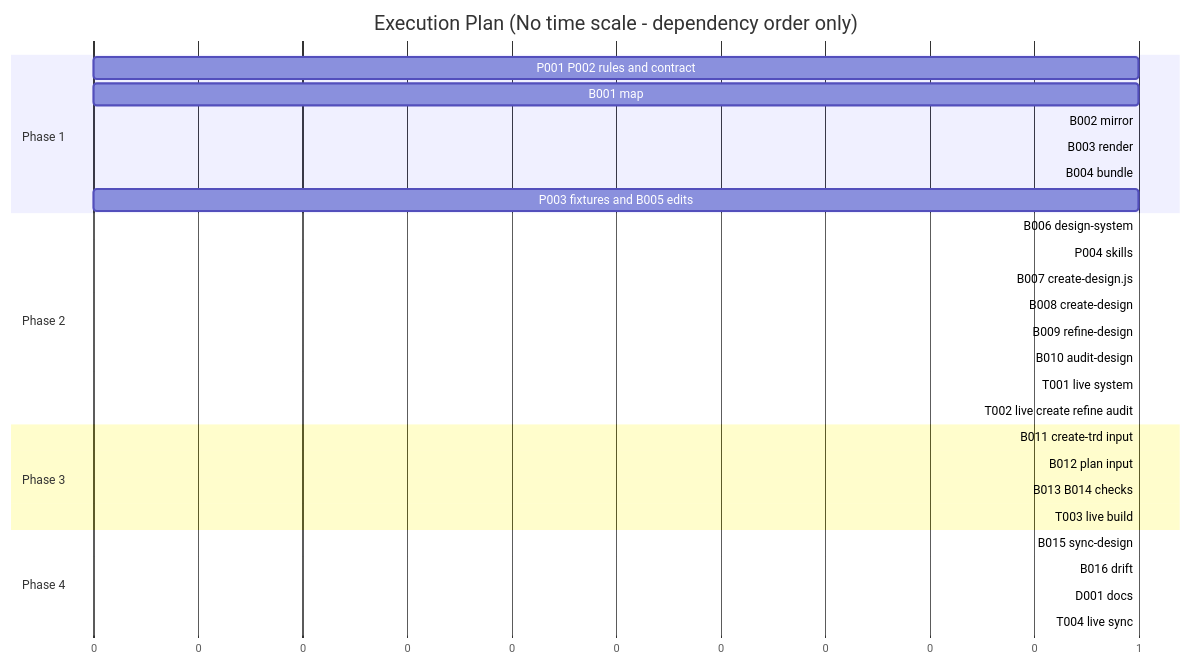
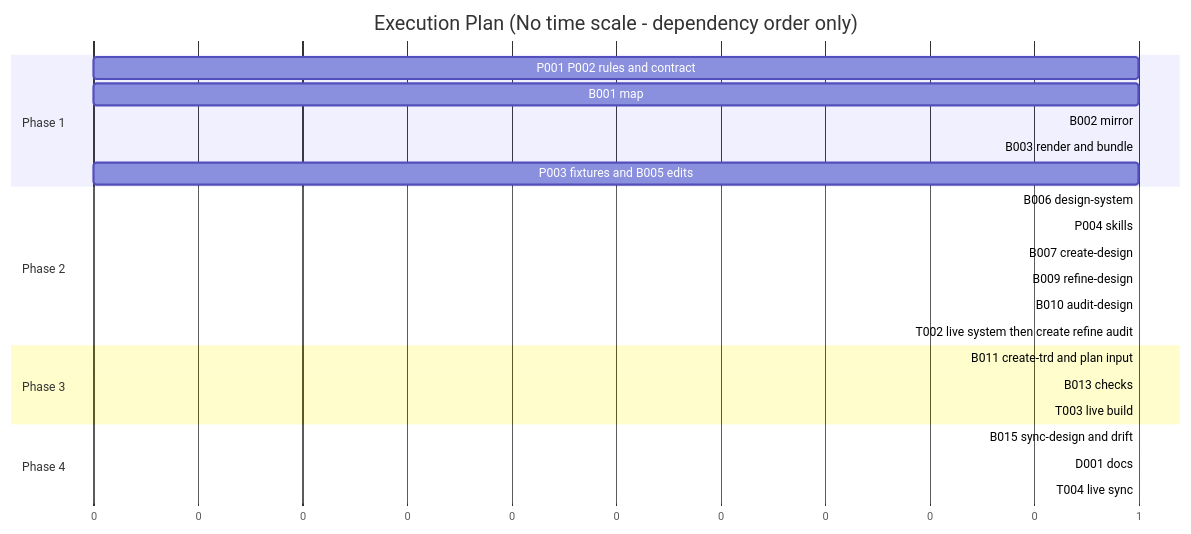
One commit to FortiumPartners/ensemble-vnext changed the third of 3 diagrams in docs/TRD/design-stage.md. Above: the diagram before and after it, drawn with Mermaid. The commit also changed other lines of this file and 1 other file, not shown here.

First line of the commit message:
docs(trd): design-stage 1.1.0 — /refine-trd: 27 tasks merged to 21, task-order loop removed

````diff
--- a/docs/TRD/design-stage.md
+++ b/docs/TRD/design-stage.md
@@ -827,36 +832,31 @@
 ```mermaid
 gantt
     title Execution Plan (No time scale - dependency order only)
     dateFormat X
     axisFormat %s
 
     section Phase 1
     P001 P002 rules and contract: p1a, 0, 1
     B001 map: b001, 0, 1
     B002 mirror: b002, after b001, 1
-    B003 render: b003, after b001, 1
-    B004 bundle: b004, after b003, 1
+    B003 render and bundle: b003, after b001, 1
     P003 fixtures and B005 edits: p1d, 0, 1
 
     section Phase 2
-    B006 design-system: b006, after b004 p1a, 1
+    B006 design-system: b006, after b003 p1a, 1
     P004 skills: p004, after b001, 1
-    B007 create-design.js: b007, after p004, 1
-    B008 create-design: b008, after b007 b006 b002, 1
-    B009 refine-design: b009, after b008, 1
+    B007 create-design: b007, after p004 b006 b002, 1
+    B009 refine-design: b009, after b007, 1
     B010 audit-design: b010, after p1a, 1
-    T001 live system: t001, after b006 p1d, 1
-    T002 live create refine audit: t002, after b009 b010 t001, 1
+    T002 live system then create refine audit: t002, after b009 b010 p1d, 1
 
     section Phase 3
-    B011 create-trd input: b011, after t002, 1
-    B012 plan input: b012, after b011, 1
-    B013 B014 checks: b013, after t002, 1
-    T003 live build: t003, after b012 b013, 1
+    B011 create-trd and plan input: b011, after t002, 1
+    B013 checks: b013, after t002, 1
+    T003 live build: t003, after b011 b013, 1
 
     section Phase 4
-    B015 sync-design: b015, after t003, 1
-    B016 drift: b016, after b015, 1
+    B015 sync-design and drift: b015, after t003, 1
     D001 docs: d001, after b015, 1
-    T004 live sync: t004, after b016, 1
+    T004 live sync: t004, after b015, 1
 ```
````
